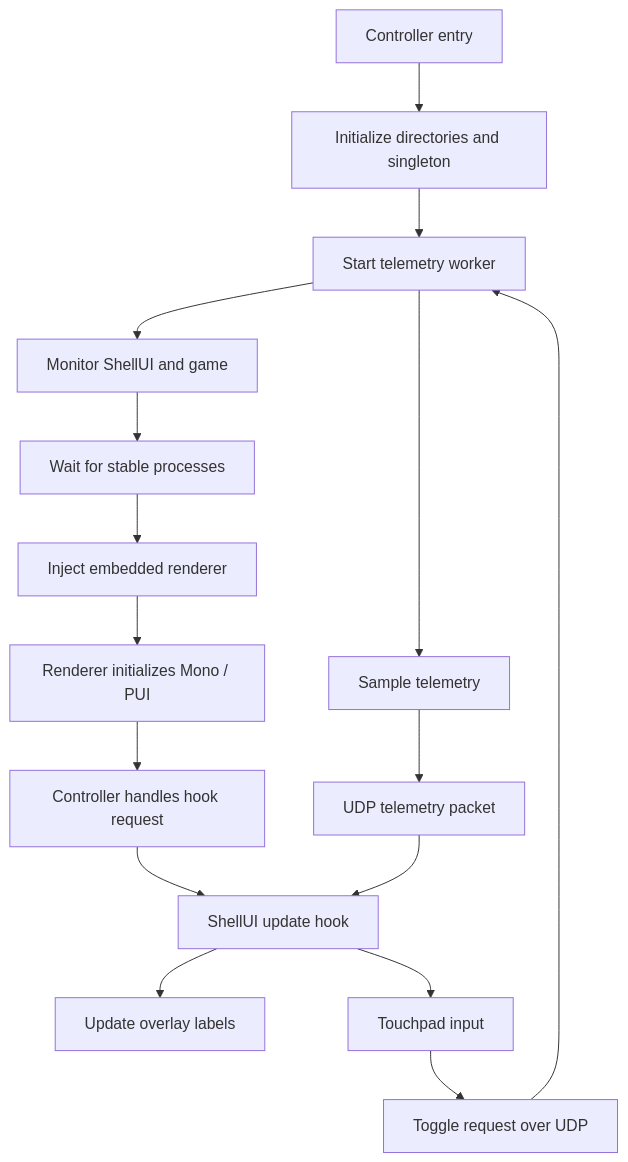
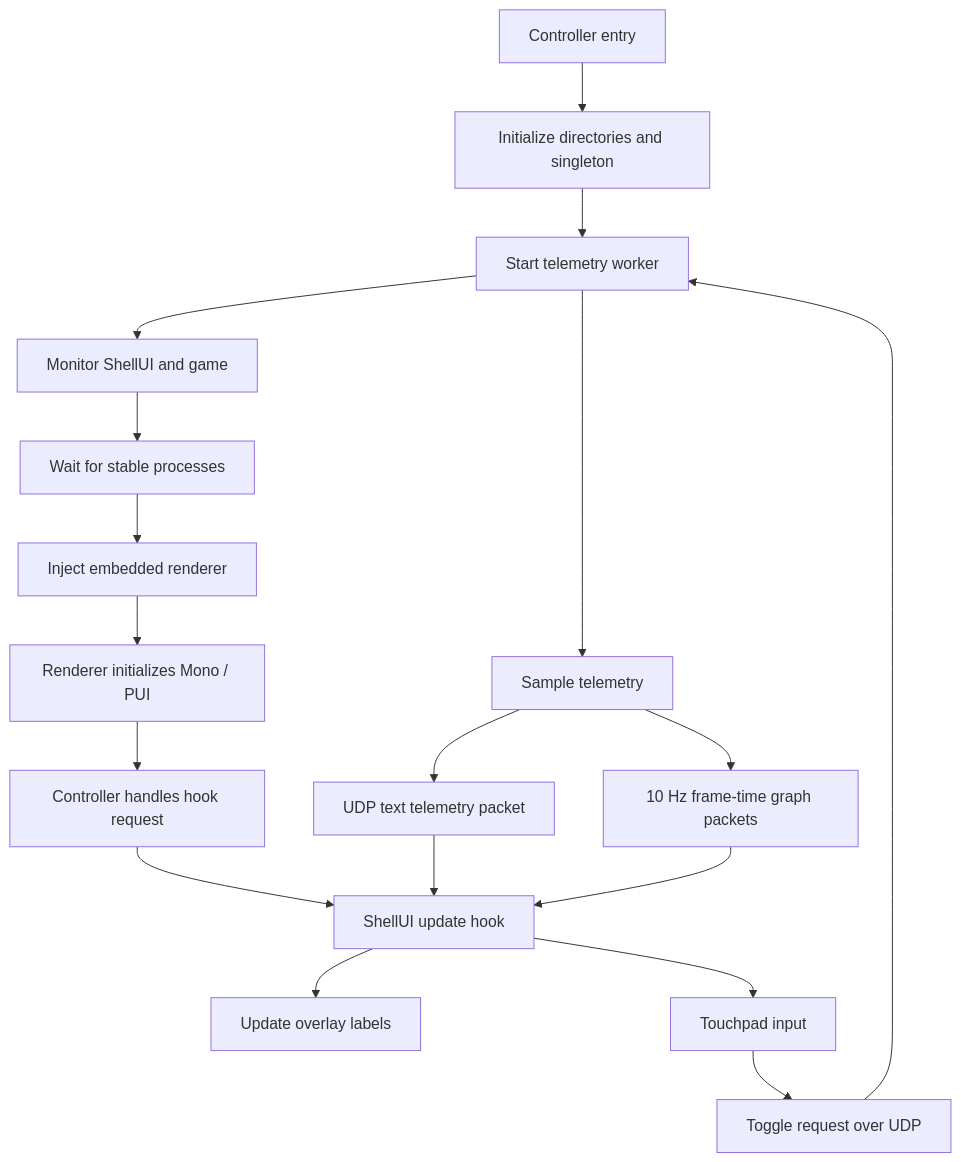
One commit to X1NONs/PrefBar changed the diagram in Docs/HOW_IT_WORKS.md. Above: the diagram before and after it, drawn with Mermaid. The commit also changed other lines of this file, not shown here.

Commit message:
Document optional frame-time graph

````diff
--- a/Docs/HOW_IT_WORKS.md
+++ b/Docs/HOW_IT_WORKS.md
@@ -42,18 +42,20 @@
 ```mermaid
 flowchart TD
     A["Controller entry"] --> B["Initialize directories and singleton"]
     B --> C["Start telemetry worker"]
     C --> D["Monitor ShellUI and game"]
     D --> E["Wait for stable processes"]
     E --> F["Inject embedded renderer"]
     F --> G["Renderer initializes Mono / PUI"]
     G --> H["Controller handles hook request"]
     H --> I["ShellUI update hook"]
     C --> J["Sample telemetry"]
-    J --> K["UDP telemetry packet"]
+    J --> K["UDP text telemetry packet"]
+    J --> P["10 Hz frame-time graph packets"]
     K --> I
+    P --> I
     I --> L["Update overlay labels"]
     I --> M["Touchpad input"]
     M --> N["Toggle request over UDP"]
     N --> C
 ```
````
